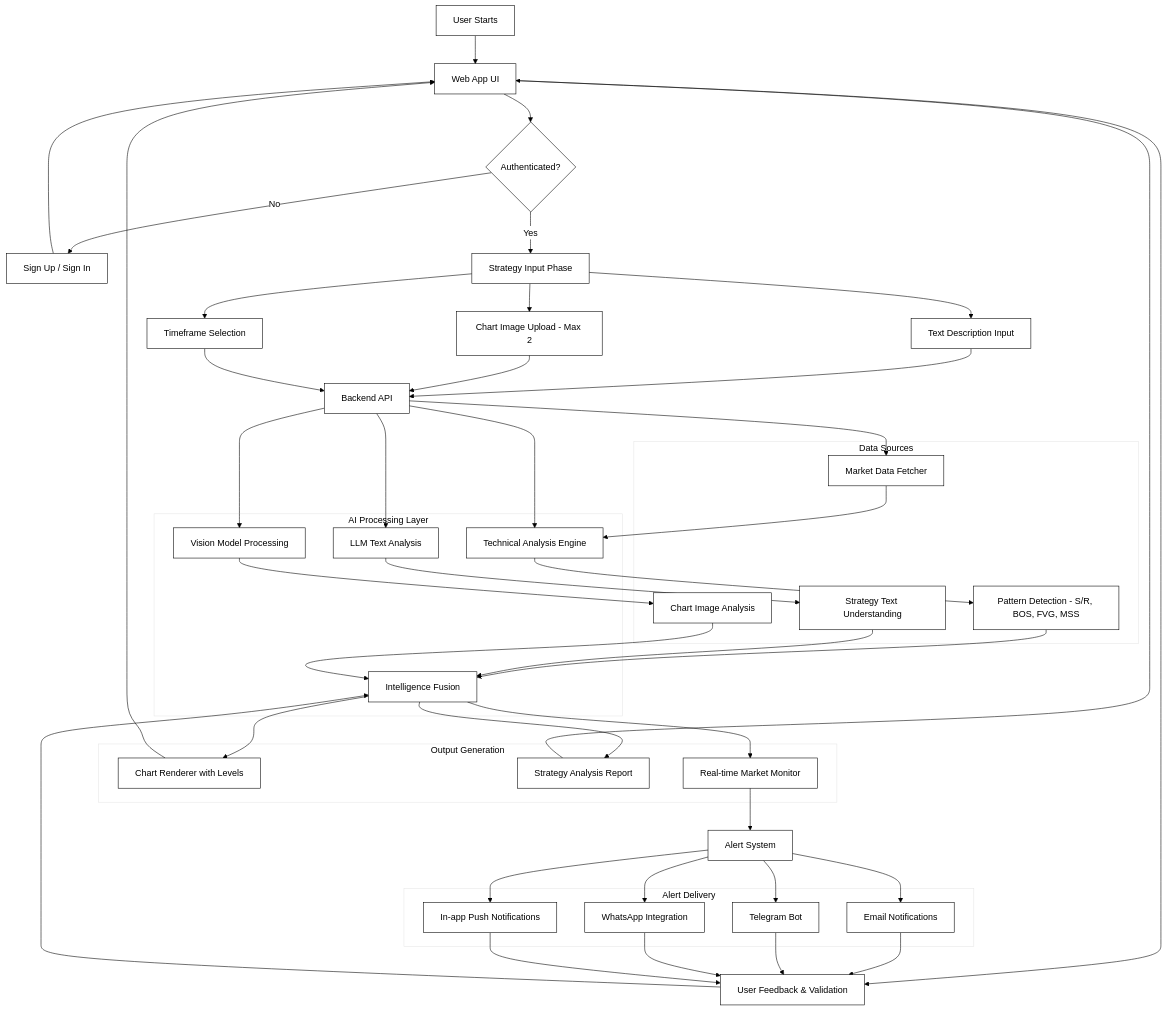
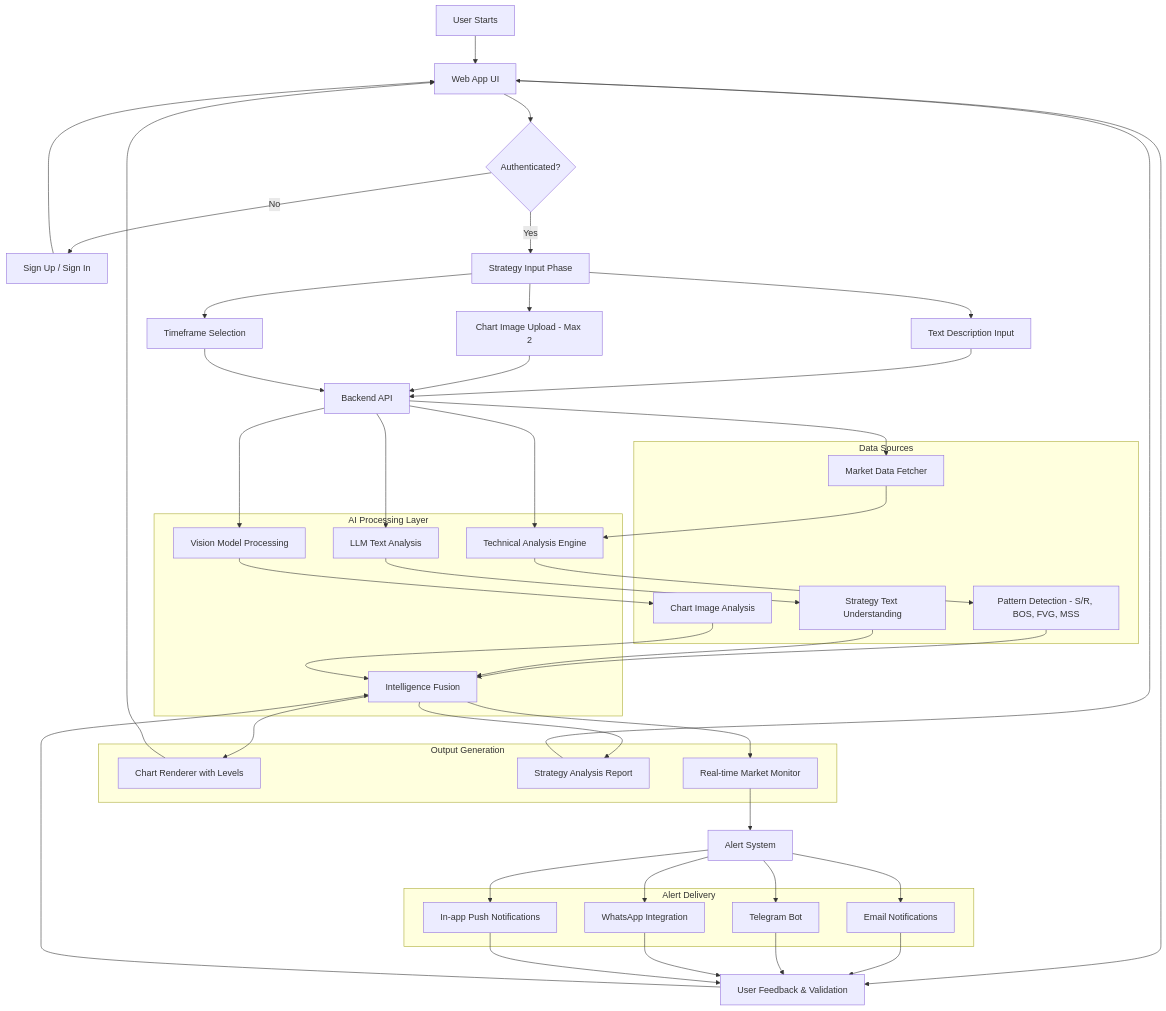
Before and after one commit to HademiData/AI-Trading-Asistant-Startup: the diagram in MvpFlow.md, drawn with Mermaid.

````diff
--- a/MvpFlow.md
+++ b/MvpFlow.md
@@ -1,81 +1,80 @@
 ```mermaid
-%%{init: {'theme':'base', 'themeVariables': { 'primaryColor': '#ffffff', 'primaryTextColor': '#000000', 'primaryBorderColor': '#000000', 'lineColor': '#000000', 'secondaryColor': '#ffffff', 'tertiaryColor': '#ffffff', 'background': '#ffffff', 'mainBkg': '#ffffff', 'secondBkg': '#ffffff', 'tertiaryBkg': '#ffffff'}}}%%
 graph TD
     Start[User Starts] --> UI[Web App UI]
     UI --> Auth{Authenticated?}
     Auth -->|No| SignUp[Sign Up / Sign In]
     Auth -->|Yes| StrategyInput[Strategy Input Phase]
     
     StrategyInput --> TextInput[Text Description Input]
     StrategyInput --> ImageInput[Chart Image Upload - Max 2]
     StrategyInput --> TimeframeInput[Timeframe Selection]
     
     TextInput --> BackendAPI[Backend API]
     ImageInput --> BackendAPI
     TimeframeInput --> BackendAPI
     
     BackendAPI --> MarketData[Market Data Fetcher]
     BackendAPI --> LLMEngine[LLM Text Analysis]
     BackendAPI --> VisionModel[Vision Model Processing]
     BackendAPI --> TAEngine[Technical Analysis Engine]
     
     MarketData --> TAEngine
     
     TAEngine --> PatternDetection[Pattern Detection - S/R, BOS, FVG, MSS]
     LLMEngine --> TextAnalysis[Strategy Text Understanding]
     VisionModel --> ImageAnalysis[Chart Image Analysis]
     
     PatternDetection --> IntelligenceFusion[Intelligence Fusion]
     TextAnalysis --> IntelligenceFusion
     ImageAnalysis --> IntelligenceFusion
     
     IntelligenceFusion --> ChartRenderer[Chart Renderer with Levels]
     IntelligenceFusion --> ReportGenerator[Strategy Analysis Report]
     IntelligenceFusion --> RealtimeMonitor[Real-time Market Monitor]
     
     ChartRenderer --> UI
     ReportGenerator --> UI
     RealtimeMonitor --> AlertSystem[Alert System]
     
     AlertSystem --> EmailAlerts[Email Notifications]
     AlertSystem --> TelegramAlerts[Telegram Bot]
     AlertSystem --> WhatsAppAlerts[WhatsApp Integration]
     AlertSystem --> PushAlerts[In-app Push Notifications]
     
     UI --> UserFeedback[User Feedback & Validation]
     EmailAlerts --> UserFeedback
     TelegramAlerts --> UserFeedback
     WhatsAppAlerts --> UserFeedback
     PushAlerts --> UserFeedback
     
     UserFeedback --> IntelligenceFusion
     
     SignUp --> UI
     
     subgraph "AI Processing Layer"
     LLMEngine
     VisionModel
     TAEngine
     IntelligenceFusion
     end
     
     subgraph "Data Sources"
     MarketData
     PatternDetection
     TextAnalysis
     ImageAnalysis
     end
     
     subgraph "Output Generation"
     ChartRenderer
     ReportGenerator
     RealtimeMonitor
     end
     
     subgraph "Alert Delivery"
     EmailAlerts
     TelegramAlerts
     WhatsAppAlerts
     PushAlerts
     end
 ```
````
